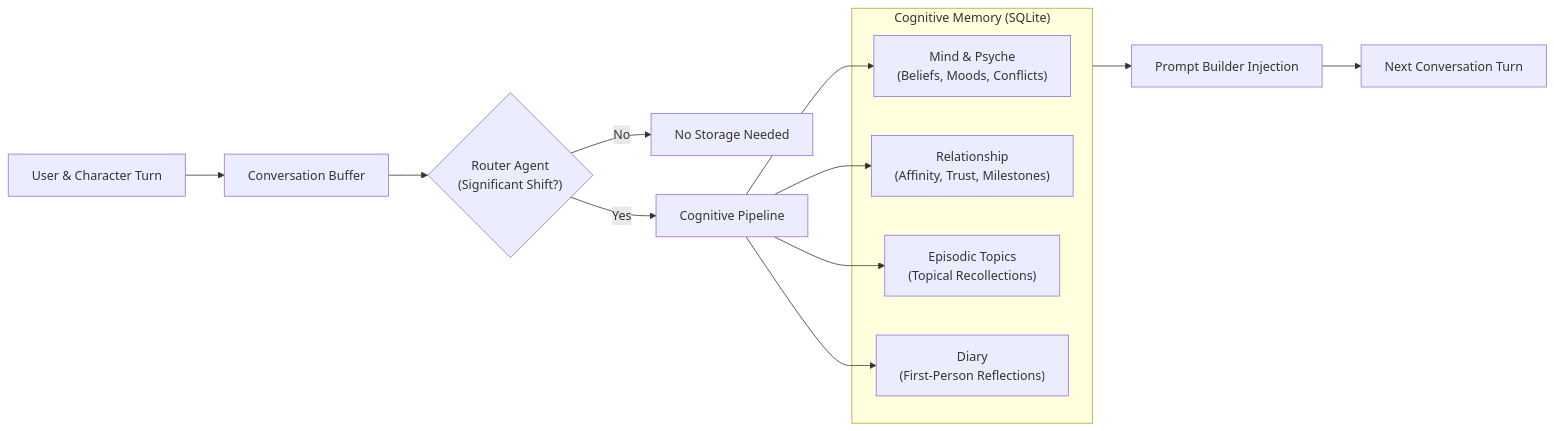
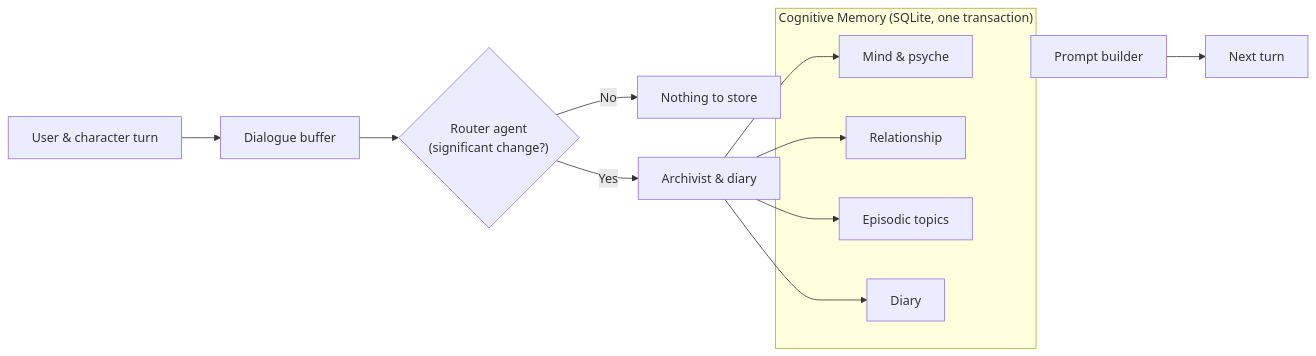
The second of 2 diagrams in README.md (SnowwhiteOakheart/OtakuSoul), drawn with Mermaid before and after one commit. The commit also changed other lines of this file and 45 other files, not shown here.

````diff
--- a/README.md
+++ b/README.md
@@ -207,23 +223,15 @@
 ```mermaid
 flowchart LR
-    Turn["User & Character Turn"] --> Buffer["Conversation Buffer"]
-    Buffer --> Router{"Router Agent\n(Significant Shift?)"}
-
-    Router -->|No| Idle["No Storage Needed"]
-    Router -->|Yes| Pipeline["Cognitive Pipeline"]
-
-    subgraph SQLiteMemory["Cognitive Memory (SQLite)"]
-        Psyche["Mind & Psyche\n(Beliefs, Moods, Conflicts)"]
-        Rel["Relationship\n(Affinity, Trust, Milestones)"]
-        Episodes["Episodic Topics\n(Topical Recollections)"]
-        Diary["Diary\n(First-Person Reflections)"]
+    Turn["User & character turn"] --> Buffer["Dialogue buffer"]
+    Buffer --> Router{"Router agent<br/>(significant change?)"}
+    Router -->|No| Idle["Nothing to store"]
+    Router -->|Yes| Pipeline["Archivist & diary"]
+    subgraph SQLiteMemory["Cognitive Memory (SQLite, one transaction)"]
+        Psyche["Mind & psyche"]
+        Rel["Relationship"]
+        Episodes["Episodic topics"]
+        Diary["Diary"]
     end
-
-    Pipeline --> Psyche
-    Pipeline --> Rel
-    Pipeline --> Episodes
-    Pipeline --> Diary
-
-    SQLiteMemory --> Prompt["Prompt Builder Injection"]
-    Prompt --> NextTurn["Next Conversation Turn"]
+    Pipeline --> Psyche & Rel & Episodes & Diary
+    SQLiteMemory --> Prompt["Prompt builder"] --> Next["Next turn"]
 ```
````
